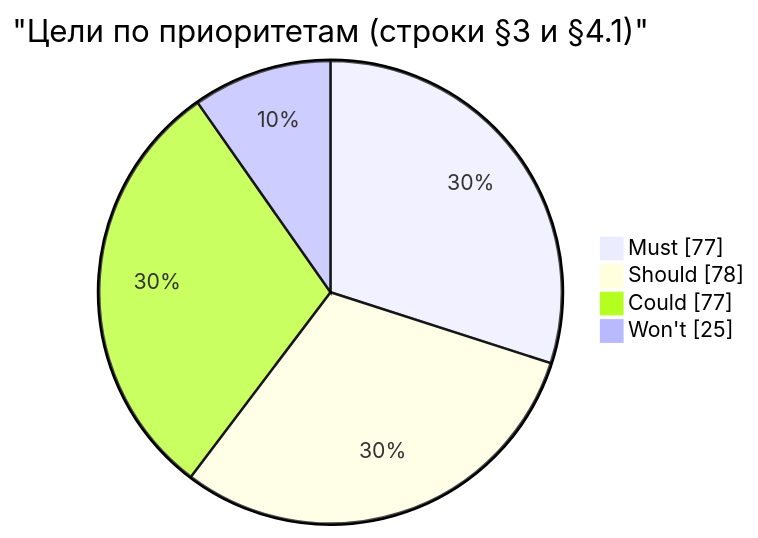
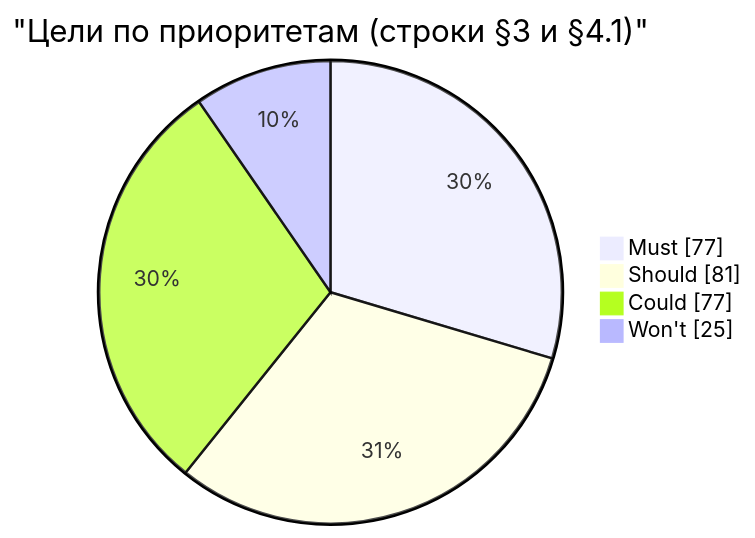
One commit to pese-git/codelab-app changed the first of 2 diagrams in docs/architecture/proposals/agent-parity-goals.md. Above: the diagram before and after it, drawn with Mermaid. The commit also changed other lines of this file and 4 other files, not shown here.

````diff
--- a/docs/architecture/proposals/agent-parity-goals.md
+++ b/docs/architecture/proposals/agent-parity-goals.md
@@ -1096,8 +1102,8 @@
 ```mermaid
 pie showData
     title "Цели по приоритетам (строки §3 и §4.1)"
     "Must" : 77
-    "Should" : 78
+    "Should" : 81
     "Could" : 77
     "Won't" : 25
 ```
````
